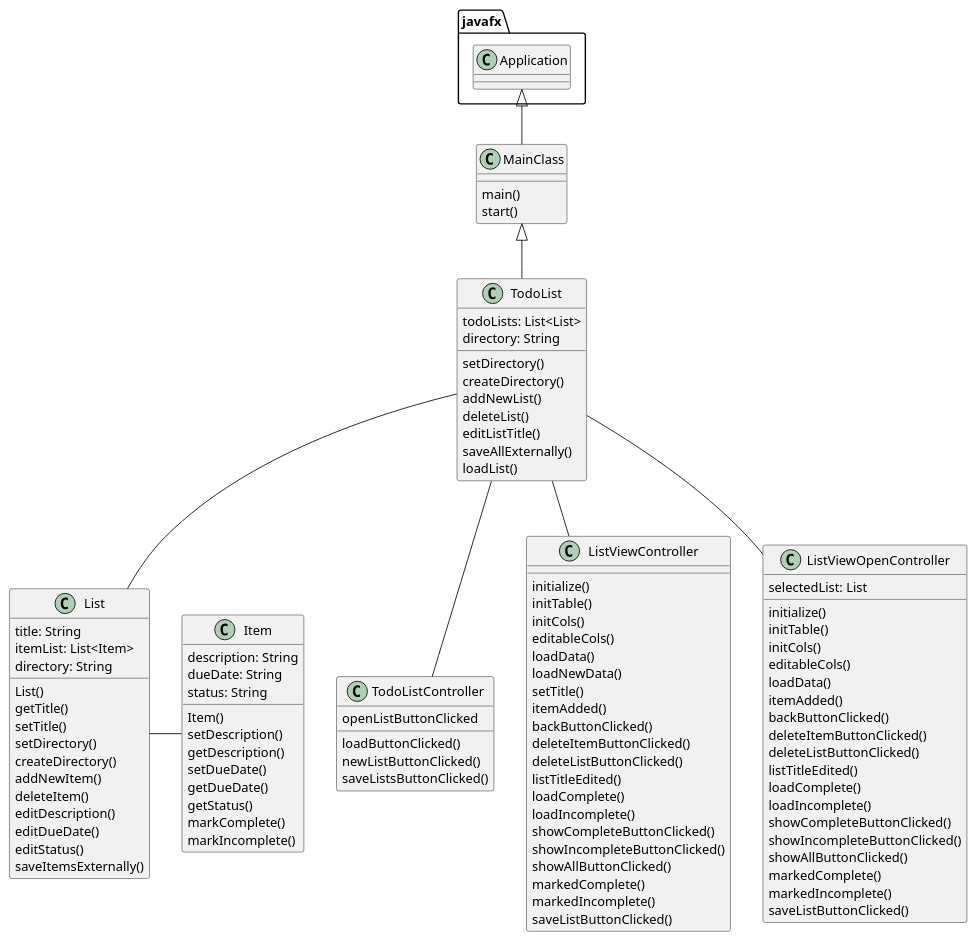
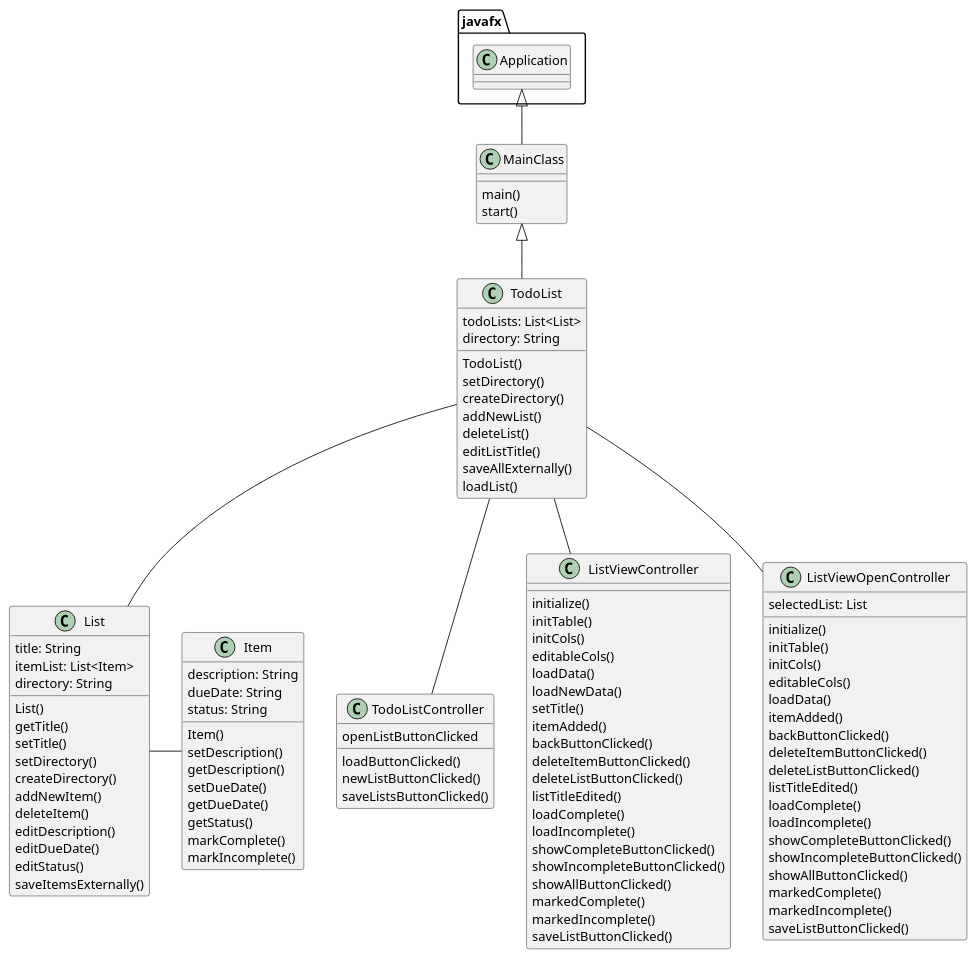
Before and after one commit to rachelsch1/schwarz-cop3330-assignment4: the diagram in uml/app.puml, drawn with PlantUML. The commit also changed 9 other files, not shown here.

```diff
--- a/uml/app.puml
+++ b/uml/app.puml
@@ -1,116 +1,117 @@
 @startuml
 'https://plantuml.com/sequence-diagram
 
 class TodoList {
     todoLists: List<List>
     directory: String
 
+    TodoList()
     setDirectory()
     createDirectory()
     addNewList()
     deleteList()
     editListTitle()
     saveAllExternally()
     loadList()
 }
 
 class TodoListController {
     loadButtonClicked()
     newListButtonClicked()
     saveListsButtonClicked()
     openListButtonClicked
 }
 
 class ListViewController {
     initialize()
     initTable()
     initCols()
     editableCols()
     loadData()
     loadNewData()
     setTitle()
     itemAdded()
     backButtonClicked()
     deleteItemButtonClicked()
     deleteListButtonClicked()
     listTitleEdited()
     loadComplete()
     loadIncomplete()
     showCompleteButtonClicked()
     showIncompleteButtonClicked()
     showAllButtonClicked()
     markedComplete()
     markedIncomplete()
     saveListButtonClicked()
 }
 
 class ListViewOpenController {
     selectedList: List
 
     initialize()
     initTable()
     initCols()
     editableCols()
     loadData()
     itemAdded()
     backButtonClicked()
     deleteItemButtonClicked()
     deleteListButtonClicked()
     listTitleEdited()
     loadComplete()
     loadIncomplete()
     showCompleteButtonClicked()
     showIncompleteButtonClicked()
     showAllButtonClicked()
     markedComplete()
     markedIncomplete()
     saveListButtonClicked()
 }
 
 class MainClass {
  main()
  start()
 }
 
 class List {
     title: String
     itemList: List<Item>
     directory: String
 
     List()
     getTitle()
     setTitle()
     setDirectory()
     createDirectory()
     addNewItem()
     deleteItem()
     editDescription()
     editDueDate()
     editStatus()
     saveItemsExternally()
 }
 
 class Item {
     description: String
     dueDate: String
     status: String
 
     Item()
     setDescription()
     getDescription()
     setDueDate()
     getDueDate()
     getStatus()
     markComplete()
     markIncomplete()
 }
 
 javafx.Application <|-- MainClass
 MainClass <|-- TodoList
 TodoList -- List
 TodoList -- TodoListController
 TodoList -- ListViewController
 TodoList -- ListViewOpenController
 List - Item
 
 @enduml
```
